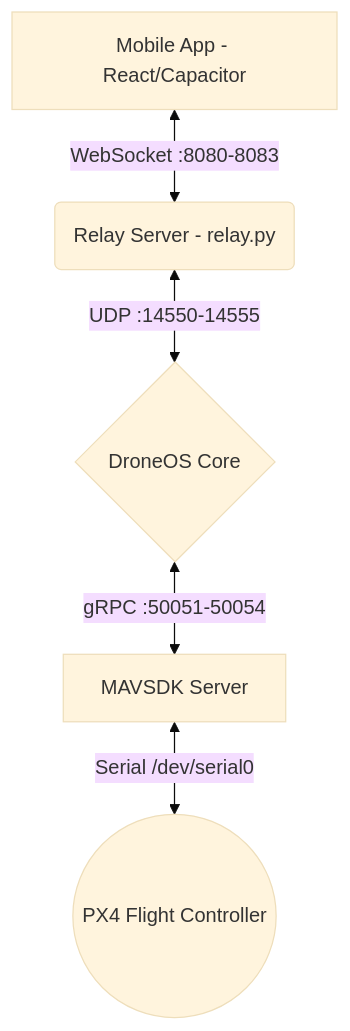
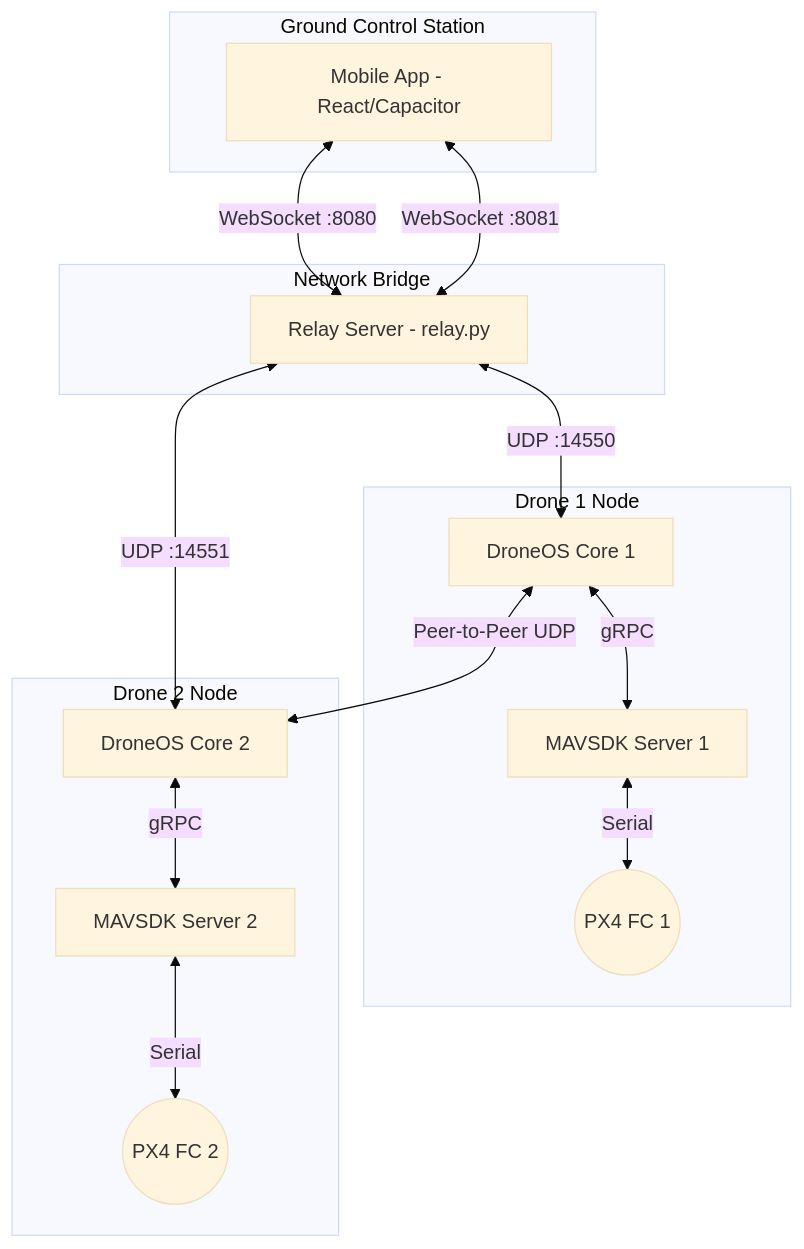
One commit to Debanshu2005/DroneSwarm changed the first of 3 diagrams in README.md. Above: the diagram before and after it, drawn with Mermaid (base theme). The commit also changed other lines of this file, not shown here.

Commit message:
docs: add architecture, pipeline, and swarm mermaid diagrams to README

````diff
--- a/README.md
+++ b/README.md
@@ -31,7 +31,36 @@
 ```mermaid
 graph TD
-    A[Mobile App - React/Capacitor] <-->|WebSocket :8080-8083| B(Relay Server - relay.py)
-    B <-->|UDP :14550-14555| C{DroneOS Core}
-    C <-->|gRPC :50051-50054| D[MAVSDK Server]
-    D <-->|Serial /dev/serial0| E((PX4 Flight Controller))
+    subgraph Ground Control Station
+        GCS[Mobile App - React/Capacitor]
+    end
+
+    subgraph Network Bridge
+        Relay[Relay Server - relay.py]
+    end
+
+    subgraph Drone 1 Node
+        OS1[DroneOS Core 1]
+        MAV1[MAVSDK Server 1]
+        FC1((PX4 FC 1))
+    end
+    
+    subgraph Drone 2 Node
+        OS2[DroneOS Core 2]
+        MAV2[MAVSDK Server 2]
+        FC2((PX4 FC 2))
+    end
+
+    GCS <-->|WebSocket :8080| Relay
+    GCS <-->|WebSocket :8081| Relay
+    
+    Relay <-->|UDP :14550| OS1
+    Relay <-->|UDP :14551| OS2
+    
+    OS1 <-->|Peer-to-Peer UDP| OS2
+
+    OS1 <-->|gRPC| MAV1
+    MAV1 <-->|Serial| FC1
+    
+    OS2 <-->|gRPC| MAV2
+    MAV2 <-->|Serial| FC2
 ```
````
